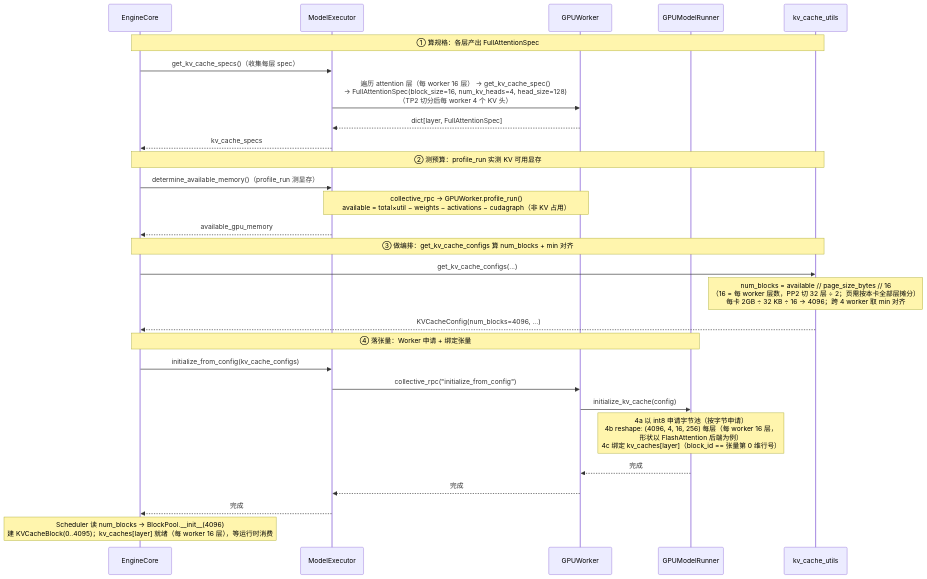
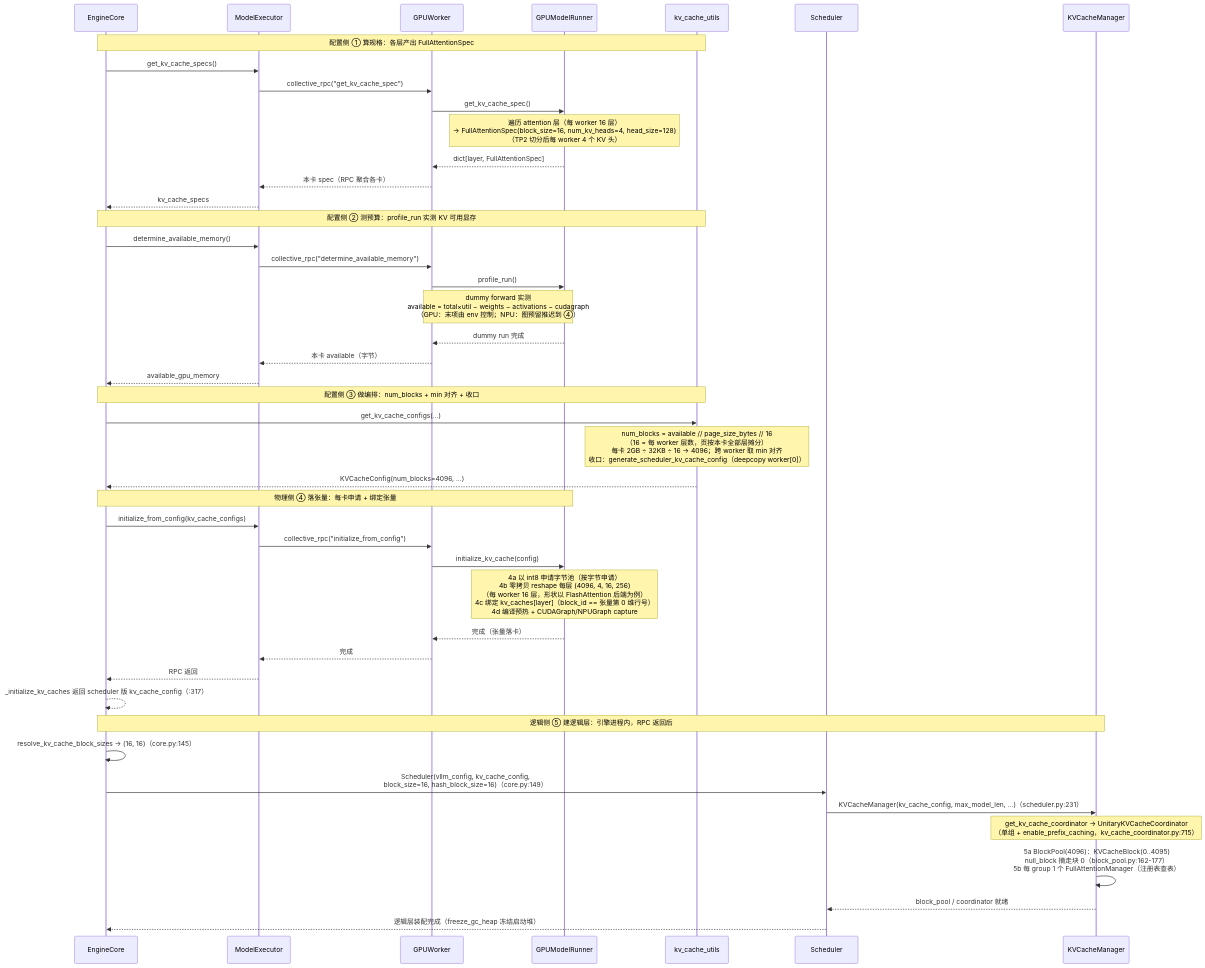
The diagram in vllm/v1/core/kvcache_study/kvcache_docs_v2/docs/2_start_init.md (GoCHug/vllm), drawn with Mermaid before and after one commit. The commit also changed other lines of this file, not shown here.

````diff
--- a/vllm/v1/core/kvcache_study/kvcache_docs_v2/docs/2_start_init.md
+++ b/vllm/v1/core/kvcache_study/kvcache_docs_v2/docs/2_start_init.md
@@ -58,36 +62,53 @@
 ```mermaid
 %%{init: {"themeVariables": {"actorFontSize": "11px", "messageFontSize": "11px", "noteFontSize": "11px"}, "sequence": {"actorMargin": 40, "messageMargin": 16, "noteMargin": 8, "boxMargin": 8, "mirrorActors": true}}}%%
 sequenceDiagram
     participant EngineCore
     participant ModelExecutor
     participant GPUWorker
     participant GPUModelRunner
     participant kv_cache_utils
+    participant Scheduler
+    participant KVCacheManager
 
-    Note over EngineCore,kv_cache_utils: ① 算规格：各层产出 FullAttentionSpec
-    EngineCore->>ModelExecutor: get_kv_cache_specs()（收集每层 spec）
-    ModelExecutor->>GPUWorker: 遍历 attention 层（每 worker 16 层） → get_kv_cache_spec()<br/>→ FullAttentionSpec(block_size=16, num_kv_heads=4, head_size=128)<br/>（TP2 切分后每 worker 4 个 KV 头）
-    GPUWorker-->>ModelExecutor: dict[layer, FullAttentionSpec]
+    Note over EngineCore,kv_cache_utils: 配置侧 ① 算规格：各层产出 FullAttentionSpec
+    EngineCore->>ModelExecutor: get_kv_cache_specs()
+    ModelExecutor->>GPUWorker: collective_rpc("get_kv_cache_spec")
+    GPUWorker->>GPUModelRunner: get_kv_cache_spec()
+    Note over GPUModelRunner: 遍历 attention 层（每 worker 16 层）<br/>→ FullAttentionSpec(block_size=16, num_kv_heads=4, head_size=128)<br/>（TP2 切分后每 worker 4 个 KV 头）
+    GPUModelRunner-->>GPUWorker: dict[layer, FullAttentionSpec]
+    GPUWorker-->>ModelExecutor: 本卡 spec（RPC 聚合各卡）
     ModelExecutor-->>EngineCore: kv_cache_specs
 
-    Note over EngineCore,kv_cache_utils: ② 测预算：profile_run 实测 KV 可用显存
-    EngineCore->>ModelExecutor: determine_available_memory()（profile_run 测显存）
-    Note over ModelExecutor,GPUWorker: collective_rpc → GPUWorker.profile_run()<br/>available = total×util − weights − activations − cudagraph（非 KV 占用）
+    Note over EngineCore,kv_cache_utils: 配置侧 ② 测预算：profile_run 实测 KV 可用显存
+    EngineCore->>ModelExecutor: determine_available_memory()
+    ModelExecutor->>GPUWorker: collective_rpc("determine_available_memory")
+    GPUWorker->>GPUModelRunner: profile_run()
+    Note over GPUWorker,GPUModelRunner: dummy forward 实测<br/>available = total×util − weights − activations − cudagraph<br/>（GPU：末项由 env 控制；NPU：图预留推迟到 ④）
+    GPUModelRunner-->>GPUWorker: dummy run 完成
+    GPUWorker-->>ModelExecutor: 本卡 available（字节）
     ModelExecutor-->>EngineCore: available_gpu_memory
 
-    Note over EngineCore,kv_cache_utils: ③ 做编排：get_kv_cache_configs 算 num_blocks + min 对齐
+    Note over EngineCore,kv_cache_utils: 配置侧 ③ 做编排：num_blocks + min 对齐 + 收口
     EngineCore->>kv_cache_utils: get_kv_cache_configs(...)
-    Note over kv_cache_utils: num_blocks = available // page_size_bytes // 16<br/>（16 = 每 worker 层数，PP2 切 32 层 ÷ 2；页需按本卡全部层摊分）<br/>每卡 2GB ÷ 32 KB ÷ 16 → 4096；跨 4 worker 取 min 对齐
+    Note over kv_cache_utils: num_blocks = available // page_size_bytes // 16<br/>（16 = 每 worker 层数，页按本卡全部层摊分）<br/>每卡 2GB ÷ 32KB ÷ 16 → 4096；跨 worker 取 min 对齐<br/>收口：generate_scheduler_kv_cache_config（deepcopy worker[0]）
     kv_cache_utils-->>EngineCore: KVCacheConfig(num_blocks=4096, ...)
 
-    Note over EngineCore,GPUModelRunner: ④ 落张量：Worker 申请 + 绑定张量
+    Note over EngineCore,GPUModelRunner: 物理侧 ④ 落张量：每卡申请 + 绑定张量
     EngineCore->>ModelExecutor: initialize_from_config(kv_cache_configs)
     ModelExecutor->>GPUWorker: collective_rpc("initialize_from_config")
     GPUWorker->>GPUModelRunner: initialize_kv_cache(config)
-    Note over GPUModelRunner: 4a 以 int8 申请字节池（按字节申请）<br/>4b reshape: (4096, 4, 16, 256) 每层（每 worker 16 层，<br/>形状以 FlashAttention 后端为例）<br/>4c 绑定 kv_caches[layer]（block_id == 张量第 0 维行号）
+    Note over GPUModelRunner: 4a 以 int8 申请字节池（按字节申请）<br/>4b 零拷贝 reshape 每层 (4096, 4, 16, 256)<br/>（每 worker 16 层，形状以 FlashAttention 后端为例）<br/>4c 绑定 kv_caches[layer]（block_id == 张量第 0 维行号）<br/>4d 编译预热 + CUDAGraph/NPUGraph capture
+    GPUModelRunner-->>GPUWorker: 完成（张量落卡）
+    GPUWorker-->>ModelExecutor: 完成
+    ModelExecutor-->>EngineCore: RPC 返回
+    EngineCore-->>EngineCore: _initialize_kv_caches 返回 scheduler 版 kv_cache_config（:317）
 
-    GPUModelRunner-->>GPUWorker: 完成
-    GPUWorker-->>ModelExecutor: 完成
-    ModelExecutor-->>EngineCore: 完成
-    Note over EngineCore: Scheduler 读 num_blocks → BlockPool.__init__(4096)<br/>建 KVCacheBlock(0..4095)；kv_caches[layer] 就绪（每 worker 16 层），等运行时消费
+    Note over EngineCore,KVCacheManager: 逻辑侧 ⑤ 建逻辑层：引擎进程内，RPC 返回后
+    EngineCore->>EngineCore: resolve_kv_cache_block_sizes → (16, 16)（core.py:145）
+    EngineCore->>Scheduler: Scheduler(vllm_config, kv_cache_config,<br/>block_size=16, hash_block_size=16)（core.py:149）
+    Scheduler->>KVCacheManager: KVCacheManager(kv_cache_config, max_model_len, ...)（scheduler.py:231）
+    Note over KVCacheManager: get_kv_cache_coordinator → UnitaryKVCacheCoordinator<br/>（单组 + enable_prefix_caching，kv_cache_coordinator.py:715）
+    KVCacheManager->>KVCacheManager: 5a BlockPool(4096)：KVCacheBlock(0..4095)<br/>null_block 摘走块 0（block_pool.py:162-177）<br/>5b 每 group 1 个 FullAttentionManager（注册表查表）
+    KVCacheManager-->>Scheduler: block_pool / coordinator 就绪
+    Scheduler-->>EngineCore: 逻辑层装配完成（freeze_gc_heap 冻结启动堆）
 ```
````
